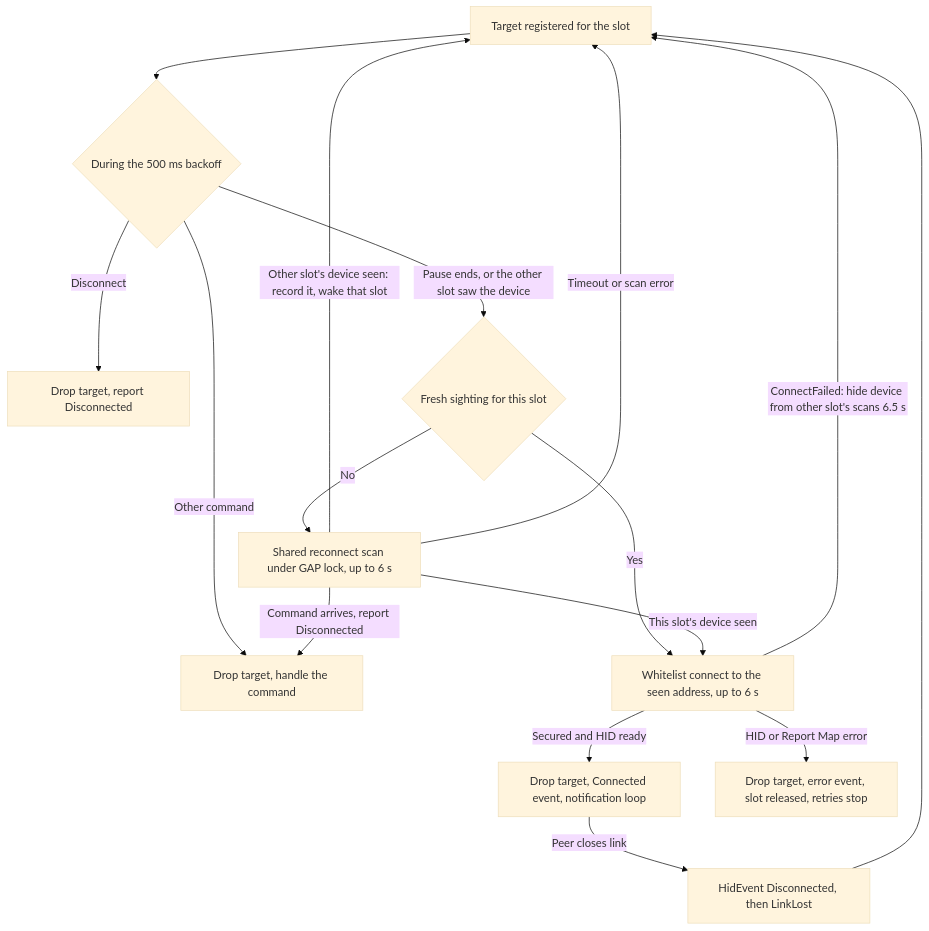
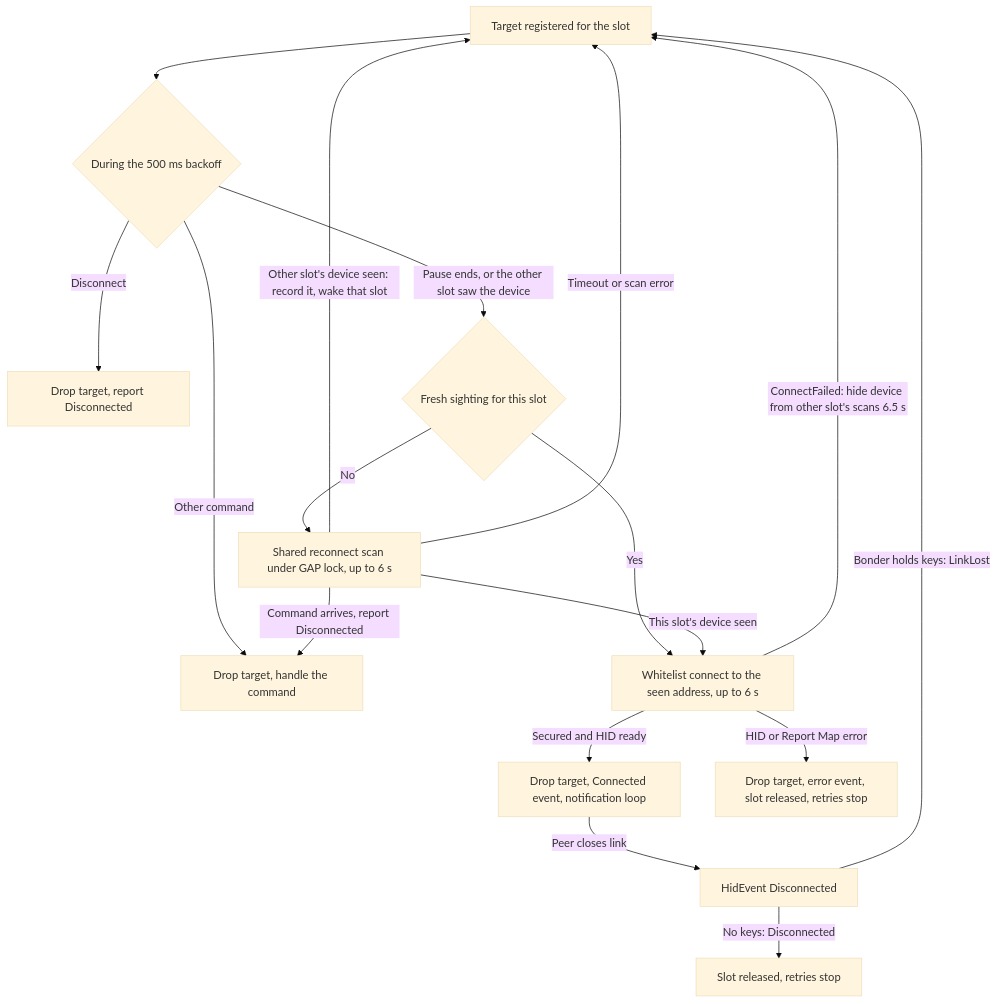
One commit to chefzaid/bt2usb changed the sixth of 10 diagrams in docs/architecture.md. Above: the diagram before and after it, drawn with Mermaid (base theme). The commit also changed other lines of this file and 6 other files, not shown here.

````diff
--- a/docs/architecture.md
+++ b/docs/architecture.md
@@ -467,18 +467,19 @@
 ```mermaid
 flowchart TD
     T[Target registered for the slot] --> B{During the 500 ms backoff}
     B -->|Disconnect| X[Drop target, report Disconnected]
     B -->|Other command| N[Drop target, handle the command]
     B -->|Pause ends, or the other slot saw the device| S{Fresh sighting for this slot}
     S -->|Yes| C[Whitelist connect to the seen address, up to 6 s]
     S -->|No| R[Shared reconnect scan under GAP lock, up to 6 s]
     R -->|This slot's device seen| C
     R -->|Other slot's device seen: record it, wake that slot| T
     R -->|Timeout or scan error| T
     R -->|Command arrives, report Disconnected| N
     C -->|Secured and HID ready| L[Drop target, Connected event, notification loop]
     C -->|ConnectFailed: hide device from other slot's scans 6.5 s| T
     C -->|HID or Report Map error| E[Drop target, error event, slot released, retries stop]
-    L -->|Peer closes link| D[HidEvent Disconnected, then LinkLost]
-    D --> T
+    L -->|Peer closes link| D[HidEvent Disconnected]
+    D -->|Bonder holds keys: LinkLost| T
+    D -->|No keys: Disconnected| F[Slot released, retries stop]
 ```
````
